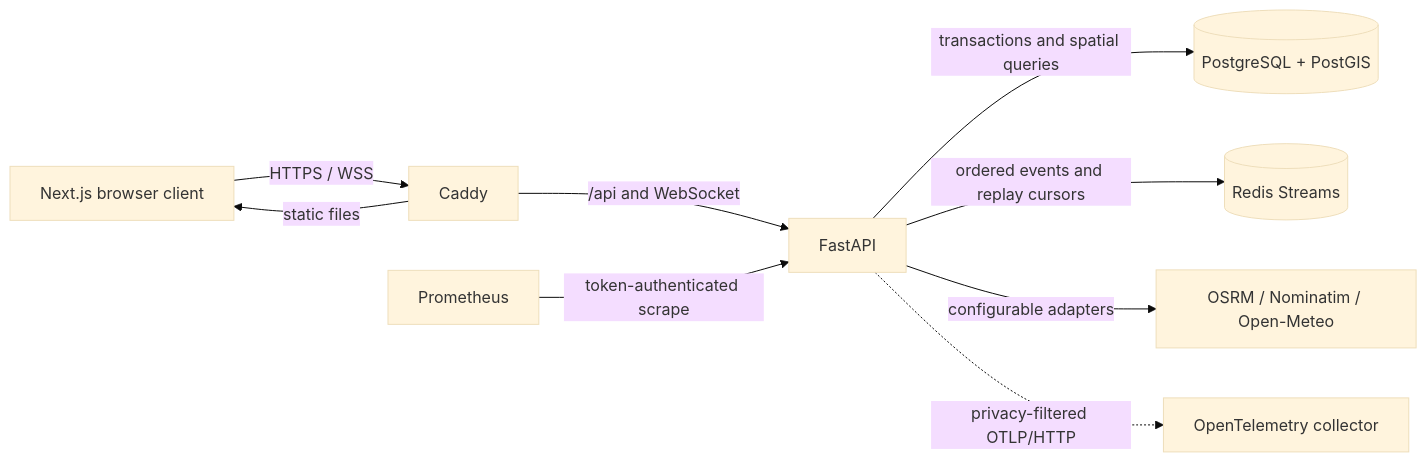
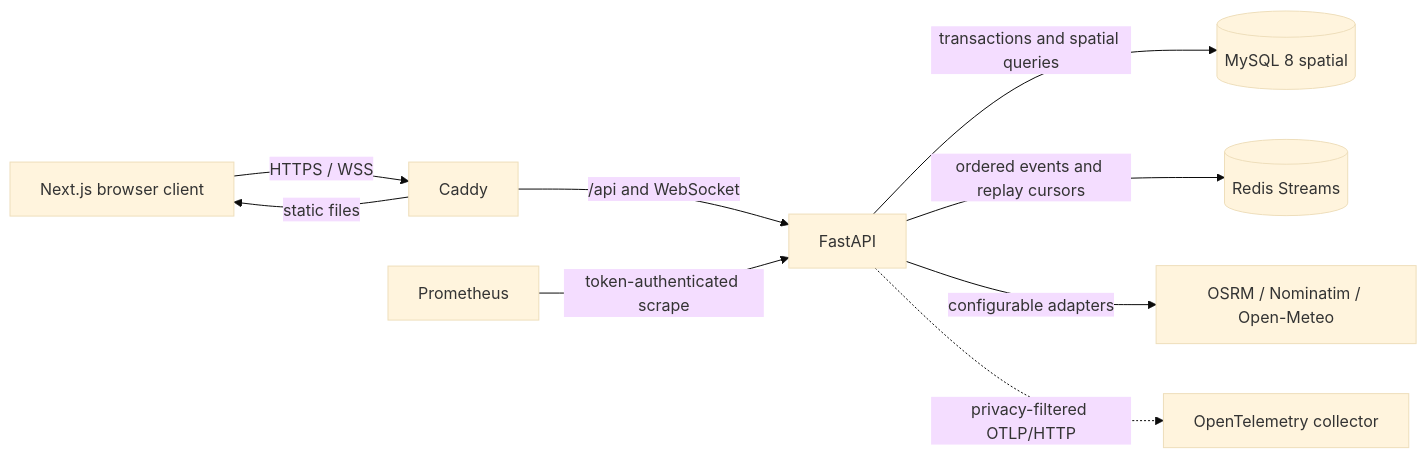
The diagram in docs/architecture.md (Lemarboks/RoadSignal), drawn with Mermaid (base theme) before and after one commit. The commit also changed other lines of this file and 30 other files, not shown here.

First line of the commit message:
Migrate persistent storage from PostGIS to MySQL 8 spatial

````diff
--- a/docs/architecture.md
+++ b/docs/architecture.md
@@ -5,11 +5,11 @@
 ```mermaid
 flowchart LR
   Browser[Next.js browser client] -->|HTTPS / WSS| Caddy
   Caddy -->|static files| Browser
   Caddy -->|/api and WebSocket| API[FastAPI]
-  API -->|transactions and spatial queries| PostGIS[(PostgreSQL + PostGIS)]
+  API -->|transactions and spatial queries| MySQL[(MySQL 8 spatial)]
   API -->|ordered events and replay cursors| Redis[(Redis Streams)]
   API -->|configurable adapters| Providers[OSRM / Nominatim / Open-Meteo]
   Prometheus -->|token-authenticated scrape| API
   API -. privacy-filtered OTLP/HTTP .-> Collector[OpenTelemetry collector]
 ```
````
